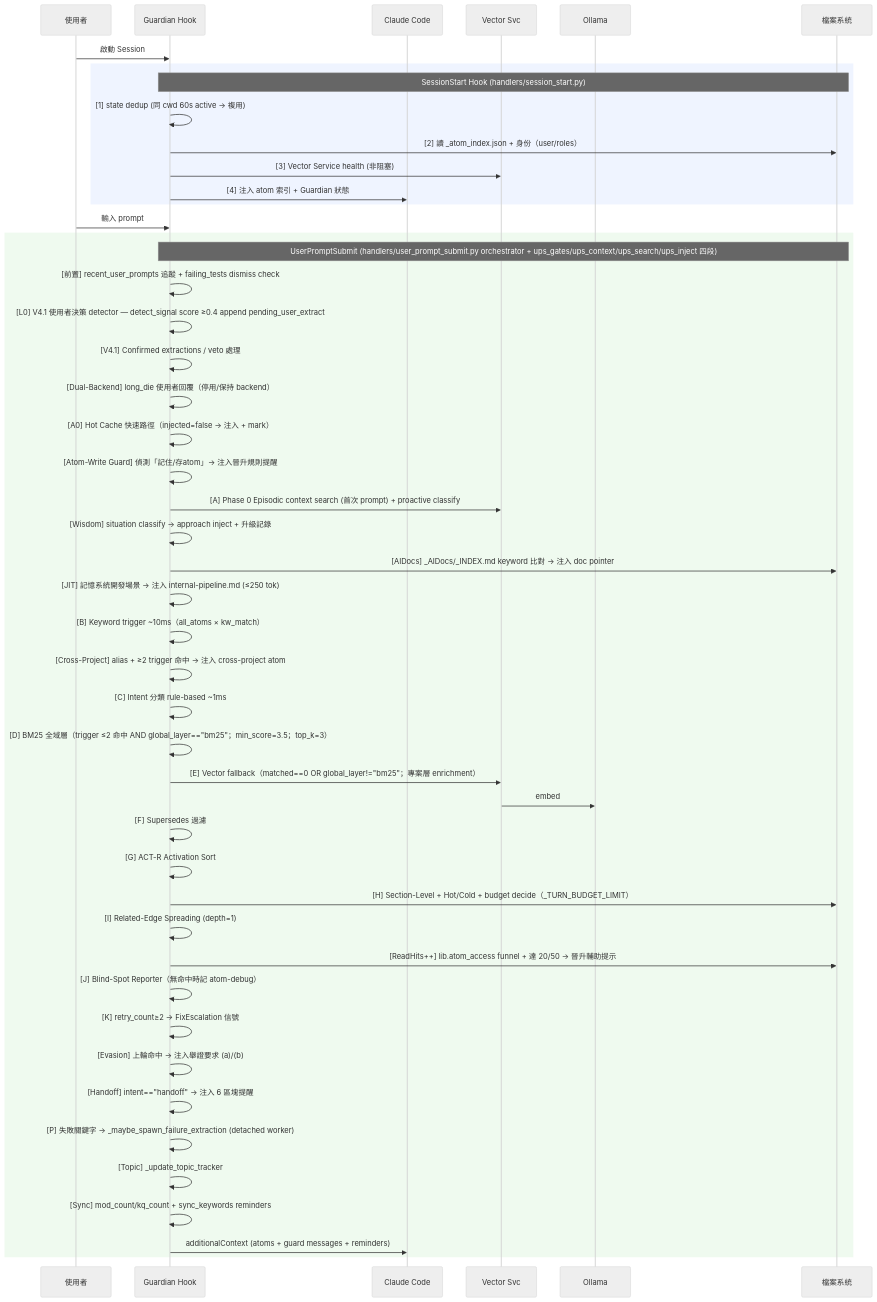
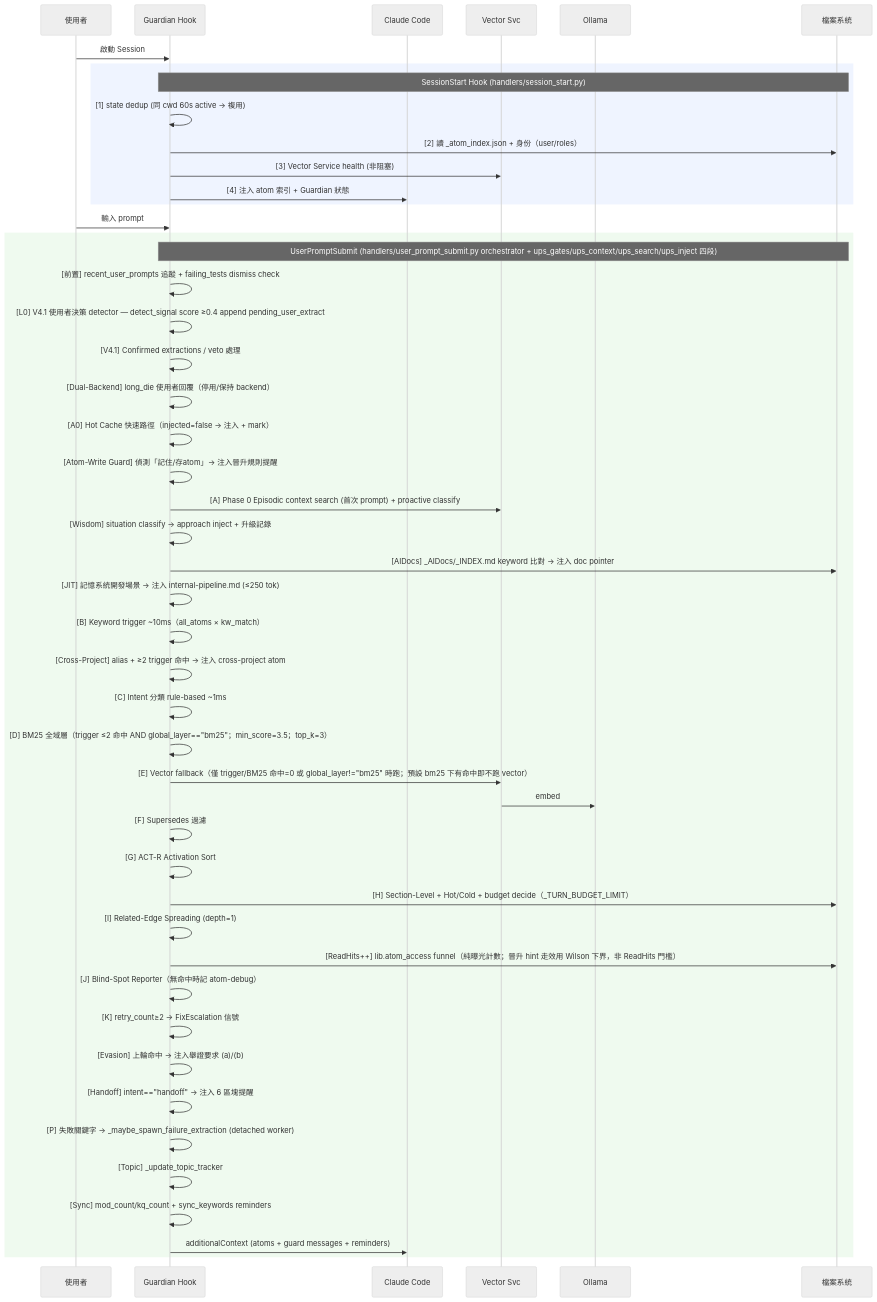
Before and after one commit to holylight1979/AtomicMemory-ClaudeCode: the first of 4 diagrams in TECH.md, drawn with Mermaid (neutral theme). The commit also changed other lines of this file and 95 other files, not shown here.

````diff
--- a/TECH.md
+++ b/TECH.md
@@ -377,52 +377,52 @@
 ```mermaid
 sequenceDiagram
     participant U as 使用者
     participant G as Guardian Hook
     participant C as Claude Code
     participant V as Vector Svc
     participant O as Ollama
     participant F as 檔案系統
 
     U->>G: 啟動 Session
     rect rgba(100,150,255,0.1)
         note over G,F: SessionStart Hook (handlers/session_start.py)
         G->>G: [1] state dedup (同 cwd 60s active → 複用)
         G->>F: [2] 讀 _atom_index.json + 身份（user/roles）
         G->>V: [3] Vector Service health (非阻塞)
         G->>C: [4] 注入 atom 索引 + Guardian 狀態
     end
 
     U->>G: 輸入 prompt
     rect rgba(100,200,100,0.1)
         note over G,F: UserPromptSubmit (handlers/user_prompt_submit.py orchestrator + ups_gates/ups_context/ups_search/ups_inject 四段)
         G->>G: [前置] recent_user_prompts 追蹤 + failing_tests dismiss check
         G->>G: [L0] V4.1 使用者決策 detector — detect_signal score ≥0.4 append pending_user_extract
         G->>G: [V4.1] Confirmed extractions / veto 處理
         G->>G: [Dual-Backend] long_die 使用者回覆（停用/保持 backend）
         G->>G: [A0] Hot Cache 快速路徑（injected=false → 注入 + mark）
         G->>G: [Atom-Write Guard] 偵測「記住/存atom」→ 注入晉升規則提醒
         G->>V: [A] Phase 0 Episodic context search (首次 prompt) + proactive classify
         G->>G: [Wisdom] situation classify → approach inject + 升級記錄
         G->>F: [AIDocs] _AIDocs/_INDEX.md keyword 比對 → 注入 doc pointer
         G->>G: [JIT] 記憶系統開發場景 → 注入 internal-pipeline.md (≤250 tok)
         G->>G: [B] Keyword trigger ~10ms（all_atoms × kw_match）
         G->>G: [Cross-Project] alias + ≥2 trigger 命中 → 注入 cross-project atom
         G->>G: [C] Intent 分類 rule-based ~1ms
         G->>G: [D] BM25 全域層（trigger ≤2 命中 AND global_layer=="bm25"；min_score=3.5；top_k=3）
-        G->>V: [E] Vector fallback（matched==0 OR global_layer!="bm25"；專案層 enrichment）
+        G->>V: [E] Vector fallback（僅 trigger/BM25 命中=0 或 global_layer!="bm25" 時跑；預設 bm25 下有命中即不跑 vector）
         V->>O: embed
         G->>G: [F] Supersedes 過濾
         G->>G: [G] ACT-R Activation Sort
         G->>F: [H] Section-Level + Hot/Cold + budget decide（_TURN_BUDGET_LIMIT）
         G->>G: [I] Related-Edge Spreading (depth=1)
-        G->>F: [ReadHits++] lib.atom_access funnel + 達 20/50 → 晉升輔助提示
+        G->>F: [ReadHits++] lib.atom_access funnel（純曝光計數；晉升 hint 走效用 Wilson 下界，非 ReadHits 門檻）
         G->>G: [J] Blind-Spot Reporter（無命中時記 atom-debug）
         G->>G: [K] retry_count≥2 → FixEscalation 信號
         G->>G: [Evasion] 上輪命中 → 注入舉證要求 (a)/(b)
         G->>G: [Handoff] intent=="handoff" → 注入 6 區塊提醒
         G->>G: [P] 失敗關鍵字 → _maybe_spawn_failure_extraction (detached worker)
         G->>G: [Topic] _update_topic_tracker
         G->>G: [Sync] mod_count/kq_count + sync_keywords reminders
         G->>C: additionalContext (atoms + guard messages + reminders)
     end
 ```
````
